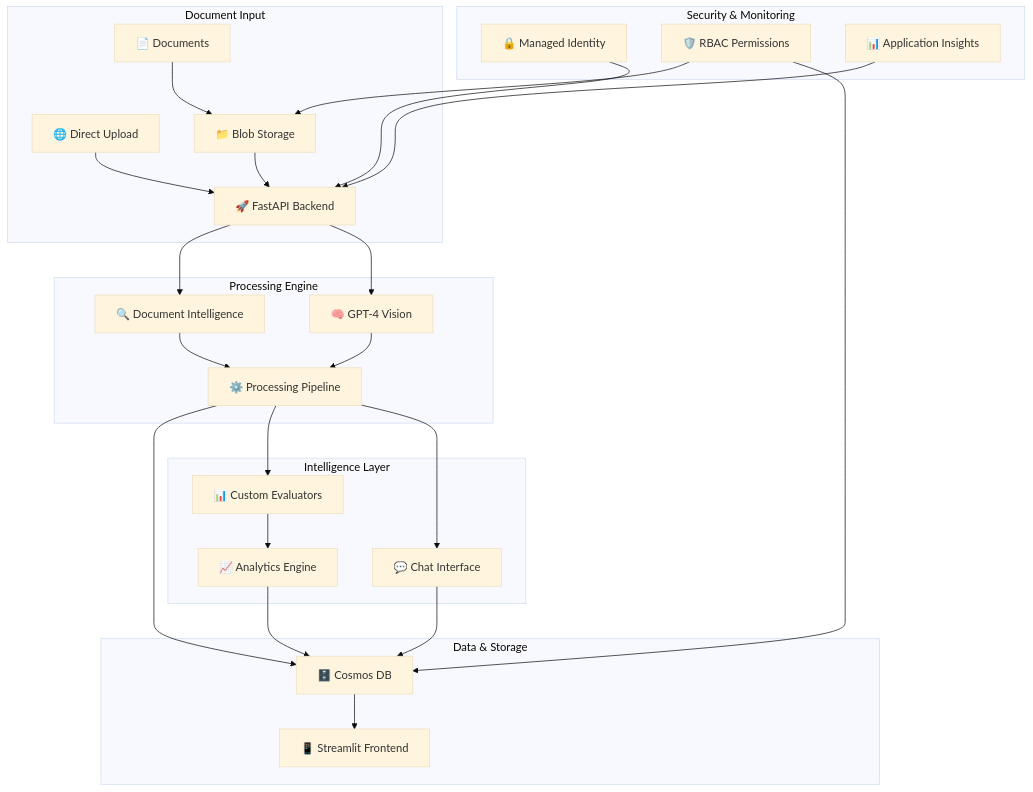
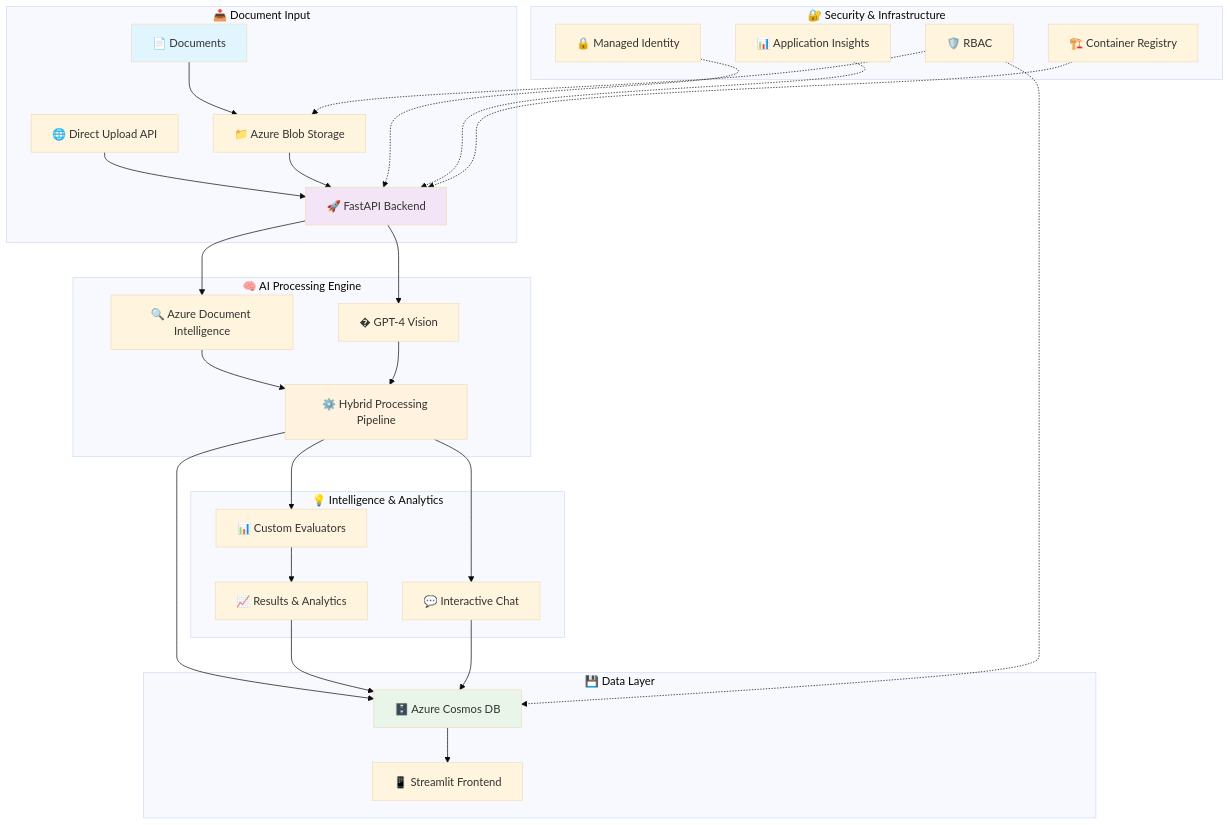
Before and after one commit to Azure-Samples/ARGUS: the diagram in README.md, drawn with Mermaid (base theme). The commit also changed other lines of this file, not shown here.

````diff
--- a/README.md
+++ b/README.md
@@ -75,35 +75,41 @@
 ```mermaid
 graph TB
-    subgraph "Document Input"
-        A[📄 Documents] --> B[📁 Blob Storage]
-        C[🌐 Direct Upload] --> D[🚀 FastAPI Backend]
+    subgraph "📥 Document Input"
+        A[📄 Documents] --> B[📁 Azure Blob Storage]
+        C[🌐 Direct Upload API] --> D[🚀 FastAPI Backend]
     end
     
-    subgraph "Processing Engine"
+    subgraph "🧠 AI Processing Engine"
         B --> D
-        D --> E[🔍 Document Intelligence]
-        D --> F[🧠 GPT-4 Vision]
-        E --> G[⚙️ Processing Pipeline]
+        D --> E[🔍 Azure Document Intelligence]
+        D --> F[� GPT-4 Vision]
+        E --> G[⚙️ Hybrid Processing Pipeline]
         F --> G
     end
     
-    subgraph "Intelligence Layer"
+    subgraph "💡 Intelligence & Analytics"
         G --> H[📊 Custom Evaluators]
-        G --> I[💬 Chat Interface]
-        H --> J[📈 Analytics Engine]
+        G --> I[💬 Interactive Chat]
+        H --> J[📈 Results & Analytics]
     end
     
-    subgraph "Data & Storage"
-        G --> K[🗄️ Cosmos DB]
+    subgraph "💾 Data Layer"
+        G --> K[🗄️ Azure Cosmos DB]
         J --> K
         I --> K
         K --> L[📱 Streamlit Frontend]
     end
     
-    subgraph "Security & Monitoring"
-        M[🔒 Managed Identity] --> D
-        N[📊 Application Insights] --> D
-        O[🛡️ RBAC Permissions] --> B
-        O --> K
+    subgraph "🔐 Security & Infrastructure"
+        M[🔒 Managed Identity] -.-> D
+        N[📊 Application Insights] -.-> D
+        O[🛡️ RBAC] -.-> B
+        O -.-> K
+        P[🏗️ Container Registry] -.-> D
     end
+    
+    style A fill:#e1f5fe
+    style D fill:#f3e5f5
+    style G fill:#fff3e0
+    style K fill:#e8f5e8
 ```
````
